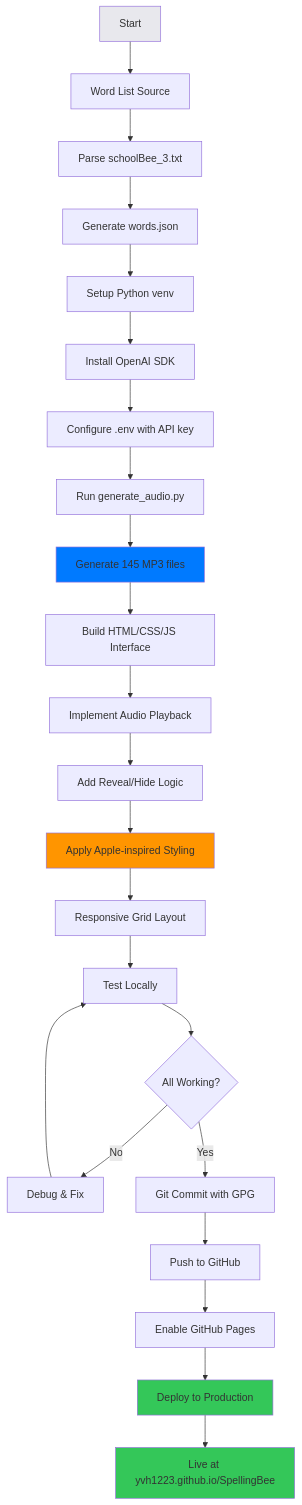
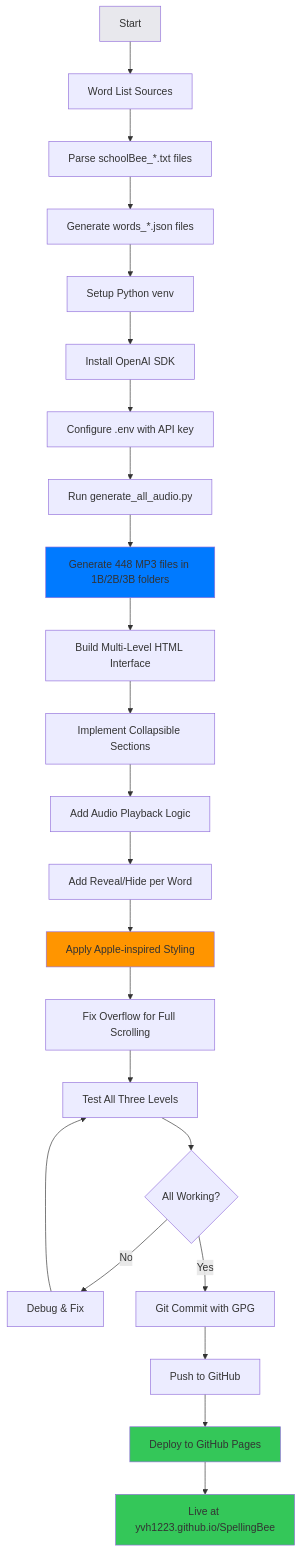
The diagram in README.md (yvh1223/SpellingBee), drawn with Mermaid before and after one commit. The commit also changed other lines of this file and 10 other files, not shown here.

````diff
--- a/README.md
+++ b/README.md
@@ -46,31 +59,31 @@
 ```mermaid
 flowchart TD
-    A[Start] --> B[Word List Source]
-    B --> C[Parse schoolBee_3.txt]
-    C --> D[Generate words.json]
+    A[Start] --> B[Word List Sources]
+    B --> C[Parse schoolBee_*.txt files]
+    C --> D[Generate words_*.json files]
     D --> E[Setup Python venv]
     E --> F[Install OpenAI SDK]
     F --> G[Configure .env with API key]
-    G --> H[Run generate_audio.py]
-    H --> I[Generate 145 MP3 files]
-    I --> J[Build HTML/CSS/JS Interface]
-    J --> K[Implement Audio Playback]
-    K --> L[Add Reveal/Hide Logic]
-    L --> M[Apply Apple-inspired Styling]
-    M --> N[Responsive Grid Layout]
-    N --> O[Test Locally]
-    O --> P{All Working?}
-    P -->|No| Q[Debug & Fix]
-    Q --> O
-    P -->|Yes| R[Git Commit with GPG]
-    R --> S[Push to GitHub]
-    S --> T[Enable GitHub Pages]
-    T --> U[Deploy to Production]
+    G --> H[Run generate_all_audio.py]
+    H --> I[Generate 448 MP3 files in 1B/2B/3B folders]
+    I --> J[Build Multi-Level HTML Interface]
+    J --> K[Implement Collapsible Sections]
+    K --> L[Add Audio Playback Logic]
+    L --> M[Add Reveal/Hide per Word]
+    M --> N[Apply Apple-inspired Styling]
+    N --> O[Fix Overflow for Full Scrolling]
+    O --> P[Test All Three Levels]
+    P --> Q{All Working?}
+    Q -->|No| R[Debug & Fix]
+    R --> P
+    Q -->|Yes| S[Git Commit with GPG]
+    S --> T[Push to GitHub]
+    T --> U[Deploy to GitHub Pages]
     U --> V[Live at yvh1223.github.io/SpellingBee]
 
     style A fill:#e8e8ed
     style V fill:#34c759
     style I fill:#007aff
-    style M fill:#ff9500
+    style N fill:#ff9500
     style U fill:#34c759
 ```
````
